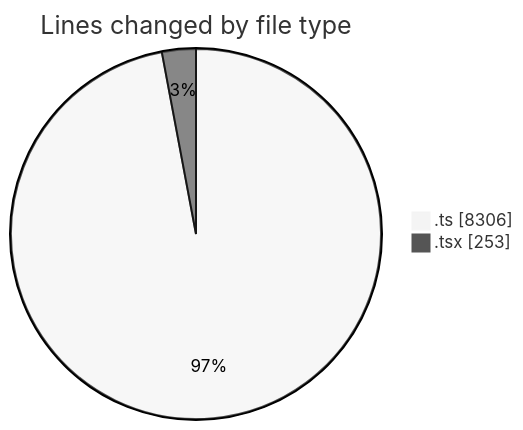
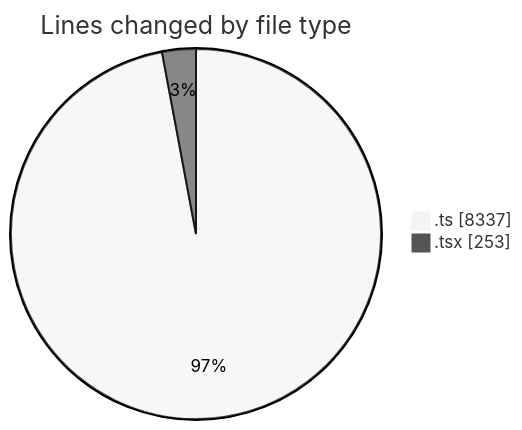
Before and after one commit to momahboobian/code-tracking: the first of 2 diagrams in 2025-07-14/cda/README.md, drawn with Mermaid (neutral theme). The commit also changed other lines of this file and 1 other file, not shown here.

````diff
--- a/2025-07-14/cda/README.md
+++ b/2025-07-14/cda/README.md
@@ -24,6 +24,6 @@
 ```mermaid
 pie showData
 title Lines changed by file type
-".ts" : 8306
+".ts" : 8337
 ".tsx" : 253
 ```
````
